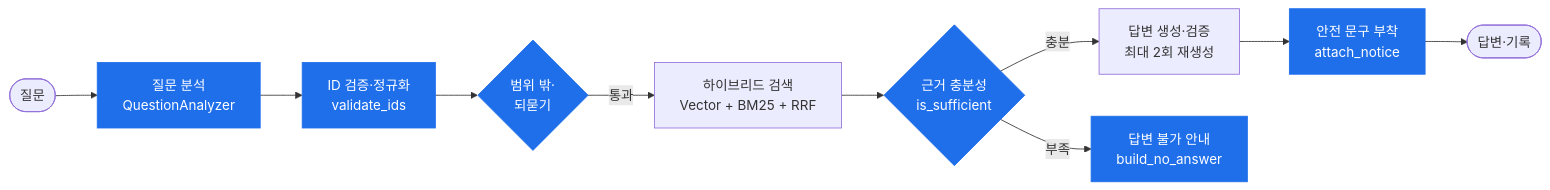
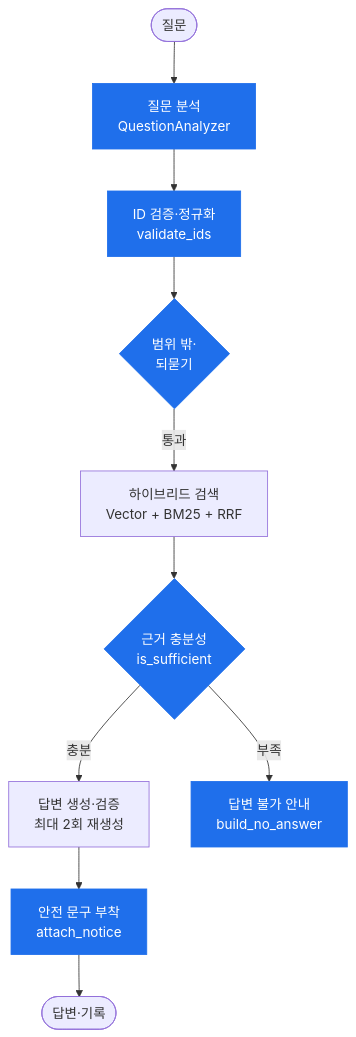
Before and after one commit to lsl2162ai-cmyk/mansa: the diagram in README.md, drawn with Mermaid.

Commit message:
docs: make README flow diagram vertical

````diff
--- a/README.md
+++ b/README.md
@@ -64,15 +64,15 @@
 ```mermaid
-flowchart LR
+flowchart TD
     Q([질문]) --> A[질문 분석<br/>QuestionAnalyzer]
     A --> V[ID 검증·정규화<br/>validate_ids]
     V --> C{범위 밖·<br/>되묻기}
     C -->|통과| R[하이브리드 검색<br/>Vector + BM25 + RRF]
     R --> S{근거 충분성<br/>is_sufficient}
     S -->|충분| G[답변 생성·검증<br/>최대 2회 재생성]
     S -->|부족| N[답변 불가 안내<br/>build_no_answer]
     G --> T[안전 문구 부착<br/>attach_notice]
     T --> H([답변·기록])
 
     classDef mine fill:#1f6feb,stroke:#1f6feb,color:#ffffff
     class A,V,C,S,N,T mine
 ```
````
